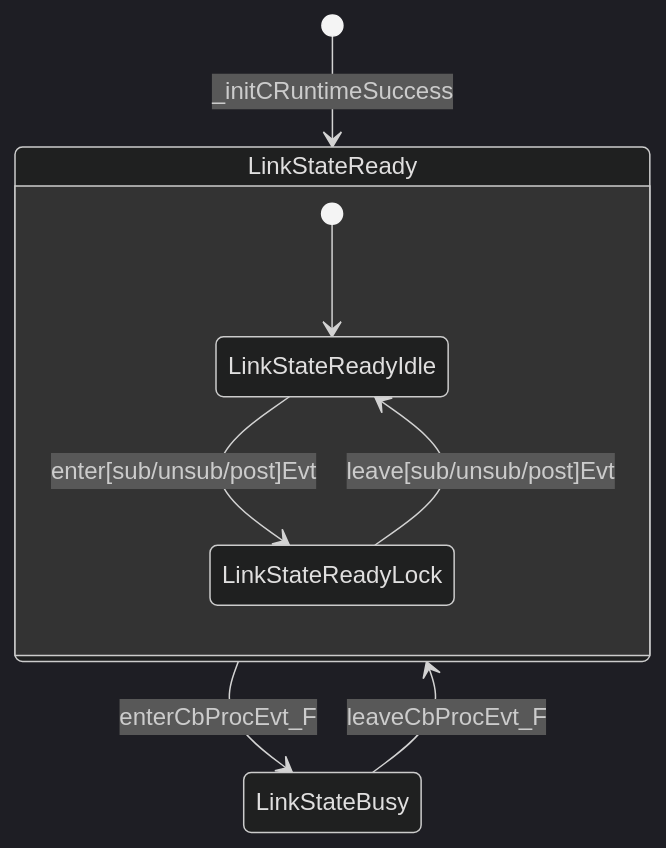
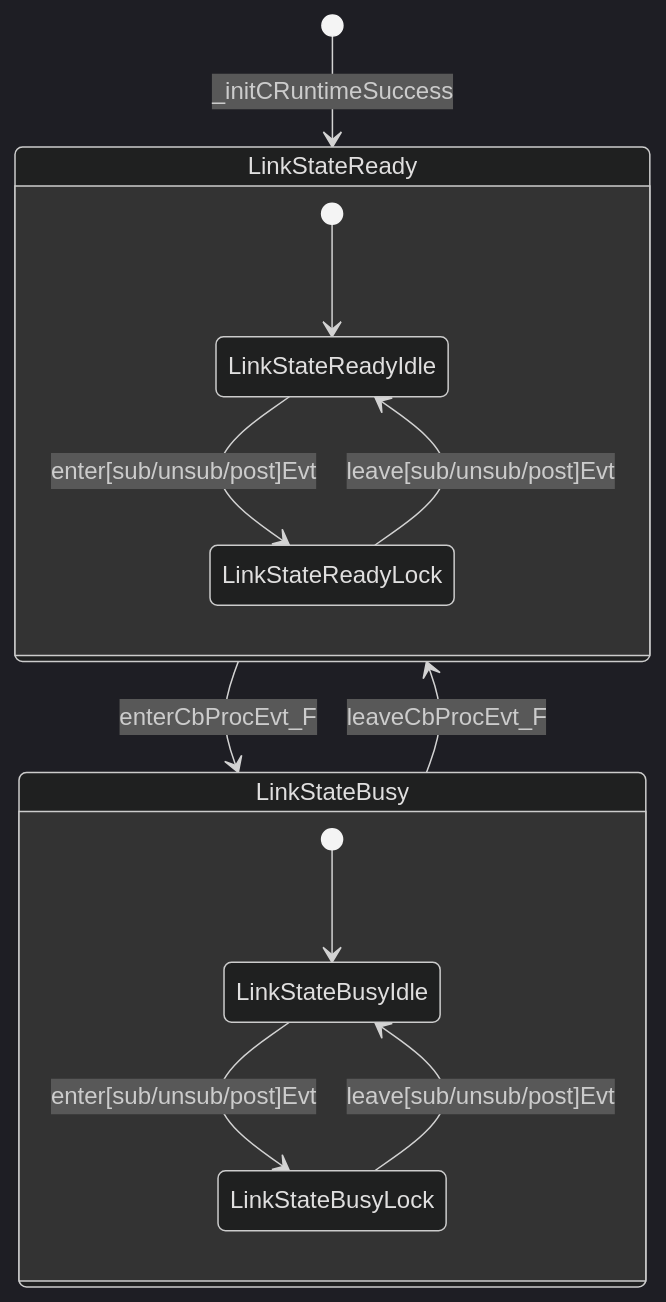
The diagram in README.md (EnigmaWU/MyIOC_inTDD_withGHC), drawn with Mermaid (dark theme) before and after one commit.

Commit message:
Add LinkStateBusy state to state diagram

````diff
--- a/README.md
+++ b/README.md
@@ -78,13 +78,19 @@
 ```mermaid
 stateDiagram-v2
   [*] --> LinkStateReady: _initCRuntimeSuccess
   LinkStateReady --> LinkStateBusy: enterCbProcEvt_F
   LinkStateBusy --> LinkStateReady: leaveCbProcEvt_F
   state LinkStateReady
   {
     [*] --> LinkStateReadyIdle
     LinkStateReadyIdle --> LinkStateReadyLock: enter[sub/unsub/post]Evt
     LinkStateReadyLock --> LinkStateReadyIdle: leave[sub/unsub/post]Evt
   }
+  state LinkStateBusy
+  {
+    [*] --> LinkStateBusyIdle
+    LinkStateBusyIdle --> LinkStateBusyLock: enter[sub/unsub/post]Evt
+    LinkStateBusyLock --> LinkStateBusyIdle: leave[sub/unsub/post]Evt
+  }
   
 ```
````
